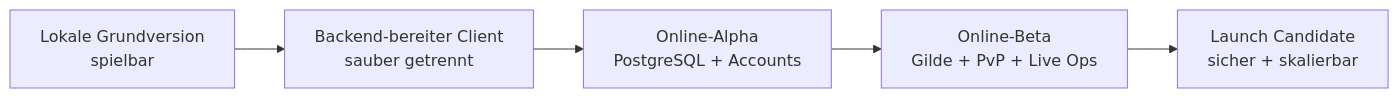
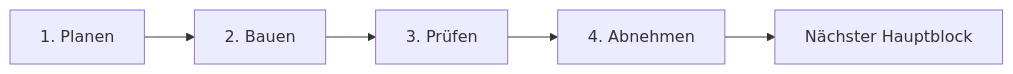
Before and after one commit to kunkun9411-hue/idle-tamer-world: the diagram in docs/PRODUCT_ROADMAP.md, drawn with Mermaid. The commit also changed other lines of this file and 8 other files, not shown here.

Commit message:
Add interactive roadmap dashboard

````diff
--- a/docs/PRODUCT_ROADMAP.md
+++ b/docs/PRODUCT_ROADMAP.md
@@ -9,7 +20,7 @@
 ```mermaid
 flowchart LR
-    A["Lokale Grundversion\nspielbar"] --> B["Backend-bereiter Client\nsauber getrennt"]
-    B --> C["Online-Alpha\nPostgreSQL + Accounts"]
-    C --> D["Online-Beta\nGilde + PvP + Live Ops"]
-    D --> E["Launch Candidate\nsicher + skalierbar"]
+    A["1. Planen"] --> B["2. Bauen"]
+    B --> C["3. Prüfen"]
+    C --> D["4. Abnehmen"]
+    D --> E["Nächster Hauptblock"]
 ```
````
